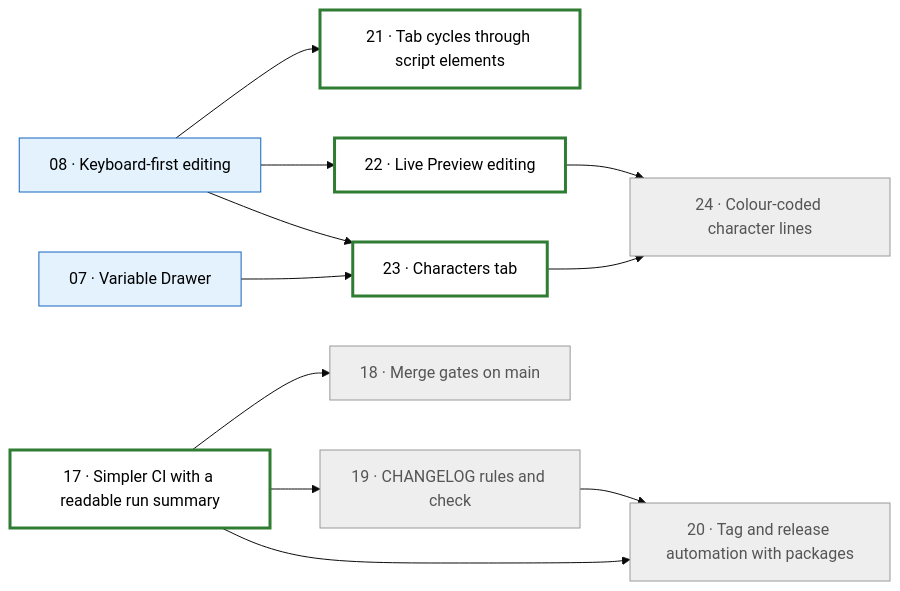
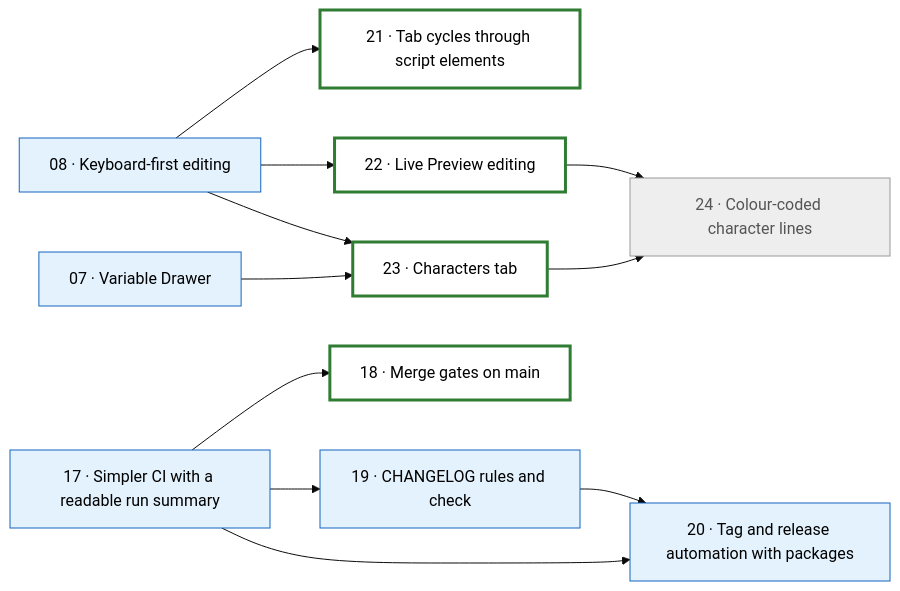
One commit to mikebgio/eink-screenplay-writer changed the diagram in PLAN-2.md. Above: the diagram before and after it, drawn with Mermaid (base theme). The commit also changed other lines of this file and 25 other files, not shown here.

First line of the commit message:
17, 19, 20: CI, CHANGELOG and release automation (#29)

````diff
--- a/PLAN-2.md
+++ b/PLAN-2.md
@@ -18,28 +18,28 @@
 ```mermaid
 flowchart LR
   T07["07 · Variable Drawer"]:::needsdevice
   T08["08 · Keyboard-first editing"]:::needsdevice
-  T17["17 · Simpler CI with a readable run summary"]:::ready
-  T18["18 · Merge gates on main"]:::blocked
-  T19["19 · CHANGELOG rules and check"]:::blocked
-  T20["20 · Tag and release automation with packages"]:::blocked
+  T17["17 · Simpler CI with a readable run summary"]:::needsdevice
+  T18["18 · Merge gates on main"]:::ready
+  T19["19 · CHANGELOG rules and check"]:::needsdevice
+  T20["20 · Tag and release automation with packages"]:::needsdevice
   T21["21 · Tab cycles through script elements"]:::ready
   T22["22 · Live Preview editing"]:::ready
   T23["23 · Characters tab"]:::ready
   T24["24 · Colour-coded character lines"]:::blocked
   T17 --> T18
   T17 --> T19
   T17 --> T20
   T19 --> T20
   T08 --> T21
   T08 --> T22
   T07 --> T23
   T08 --> T23
   T22 --> T24
   T23 --> T24
   classDef done fill:#d4edda,stroke:#2e7d32,color:#000
   classDef needsdevice fill:#e3f2fd,stroke:#1565c0,color:#000
   classDef inprogress fill:#fff3cd,stroke:#b8860b,color:#000
   classDef ready fill:#ffffff,stroke:#2e7d32,stroke-width:3px,color:#000
   classDef blocked fill:#eeeeee,stroke:#999,color:#555
 ```
````
